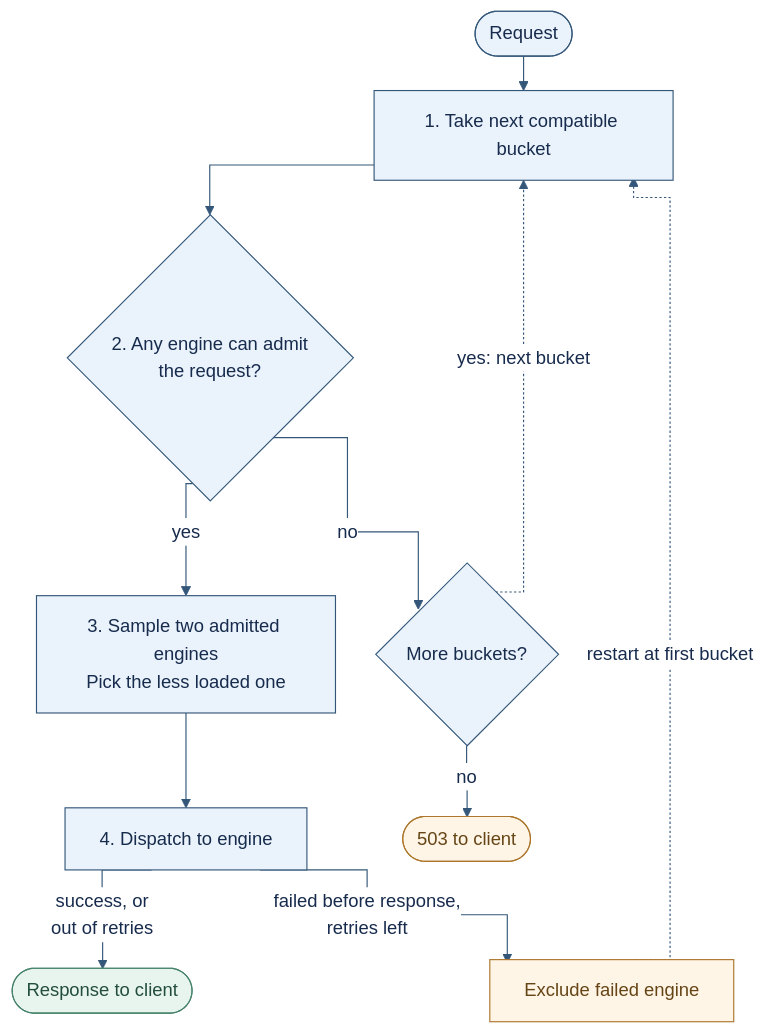
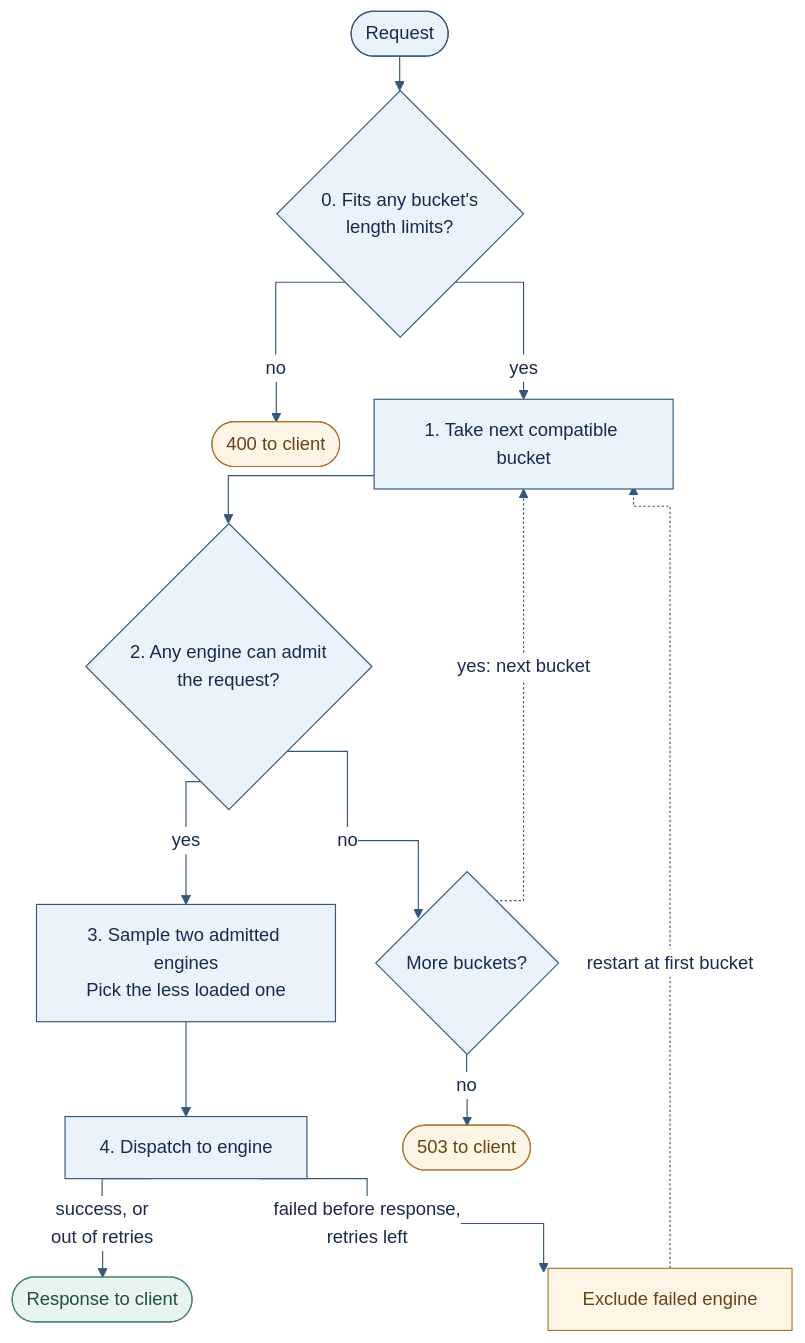
The diagram in experimental/sgl-router/ARCHITECTURE.md (sgl-project/sglang), drawn with Mermaid before and after one commit. The commit also changed other lines of this file, not shown here.

First line of the commit message:
[Doc] sgl-router: document 400 for unmatched buckets and bucket-file admission keys

````diff
--- a/experimental/sgl-router/ARCHITECTURE.md
+++ b/experimental/sgl-router/ARCHITECTURE.md
@@ -55,18 +56,20 @@
 ```mermaid
 %%{init: {"theme": "base", "themeVariables": {"primaryColor": "#eaf3fb", "primaryTextColor": "#172b4d", "primaryBorderColor": "#345779", "lineColor": "#345779", "edgeLabelBackground": "#ffffff"}, "flowchart": {"curve": "stepAfter", "rankSpacing": 30, "nodeSpacing": 30}}}%%
 flowchart TD
-    R([Request]) --> B["1. Take next compatible bucket"]
+    R([Request]) --> L{"0. Fits any bucket's<br/>length limits?"}
+    L -->|no| Y(["400 to client"])
+    L -->|yes| B["1. Take next compatible bucket"]
     B --> A{"2. Any engine can admit<br/>the request?"}
     A -->|yes| S["3. Sample two admitted engines<br/>Pick the less loaded one"]
     S --> D["4. Dispatch to engine"]
     A -->|no| M{"More buckets?"}
     M -->|no| X(["503 to client"])
     D -->|success, or<br/>out of retries| E([Response to client])
     D -->|failed before response,<br/>retries left| T["Exclude failed engine"]
     M -.->|yes: next bucket| B
     T -.->|restart at first bucket| B
     classDef next fill:#fff5e6,stroke:#ac762c,color:#654516;
     classDef done fill:#e8f5ef,stroke:#46826a,color:#234d3c;
-    class T,X next;
+    class T,X,Y next;
     class E done;
 ```
````
